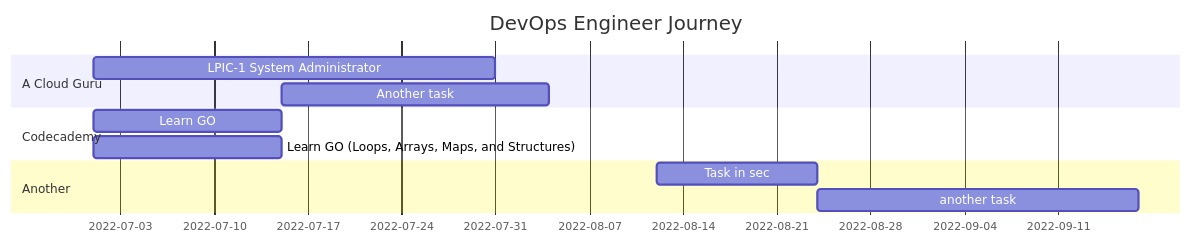
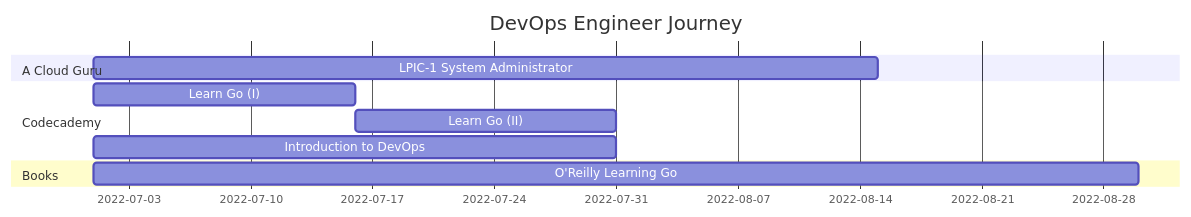
The diagram in README.md (HorningGit/Rayquaza_Resources), drawn with Mermaid before and after one commit. The commit also changed other lines of this file, not shown here.

````diff
--- a/README.md
+++ b/README.md
@@ -6,14 +6,13 @@
 ```mermaid
 gantt
     title DevOps Engineer Journey
     dateFormat  YYYY-MM-DD
     section A Cloud Guru
-    LPIC-1 System Administrator    :a1, 2022-07-01, 30d
-    Another task     :after a1  , 20d
+    LPIC-1 System Administrator    :a1, 2022-07-01, 45d
     section Codecademy
-    Learn GO      :a1, 2022-07-01, 14d
-    Learn GO (Loops, Arrays, Maps, and Structures)      :a1, 2022-07-01, 14d
-    section Another
-    Task in sec      :2022-08-12  , 12d
-    another task      : 24d
+    Learn Go (I)        :a1, 2022-07-01, 15d
+    Learn Go (II)        :a2, 2022-07-16, 15d
+    Introduction to DevOps        :a3, 2022-07-01, 30d
+    section Books
+    O'Reilly Learning Go        :a1, 2022-07-01, 60d
 ```
````
